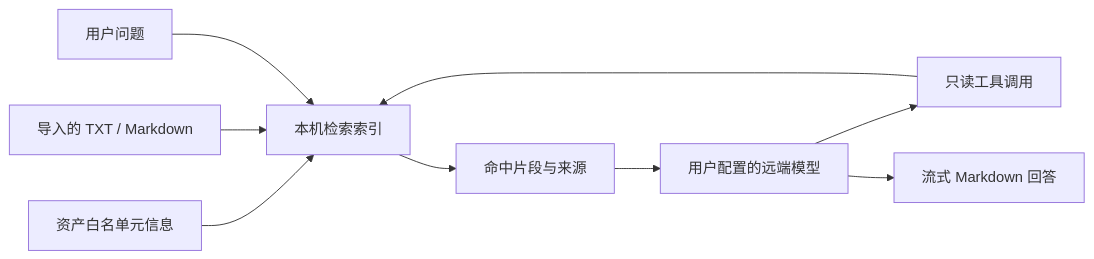
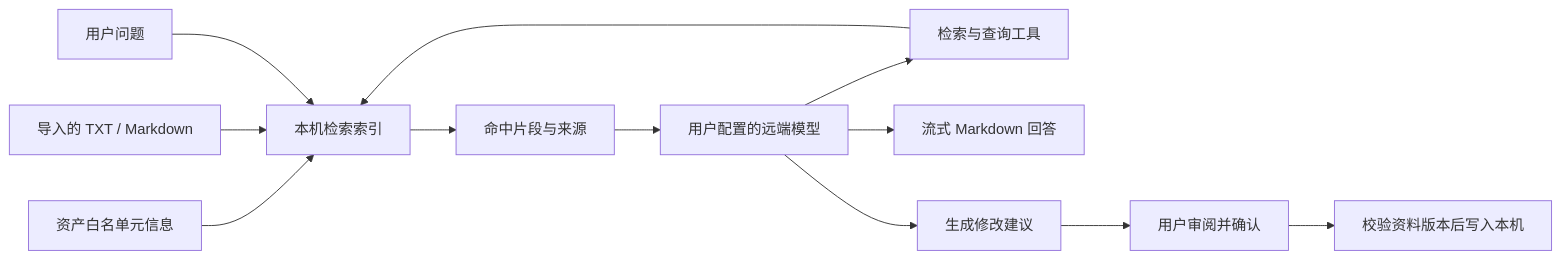
The diagram in README.md (Songwo/nanpad), drawn with Mermaid before and after one commit. The commit also changed other lines of this file and 87 other files, not shown here.

````diff
--- a/README.md
+++ b/README.md
@@ -86,11 +87,14 @@
 ```mermaid
 flowchart LR
   A[资产白名单元信息] --> C[本机检索索引]
   B[导入的 TXT / Markdown] --> C
   Q[用户问题] --> C
   C --> D[命中片段与来源]
   D --> E[用户配置的远端模型]
-  E --> F[只读工具调用]
+  E --> F[检索与查询工具]
   F --> C
   E --> G[流式 Markdown 回答]
+  E --> H[生成修改建议]
+  H --> I[用户审阅并确认]
+  I --> J[校验资料版本后写入本机]
 ```
````
